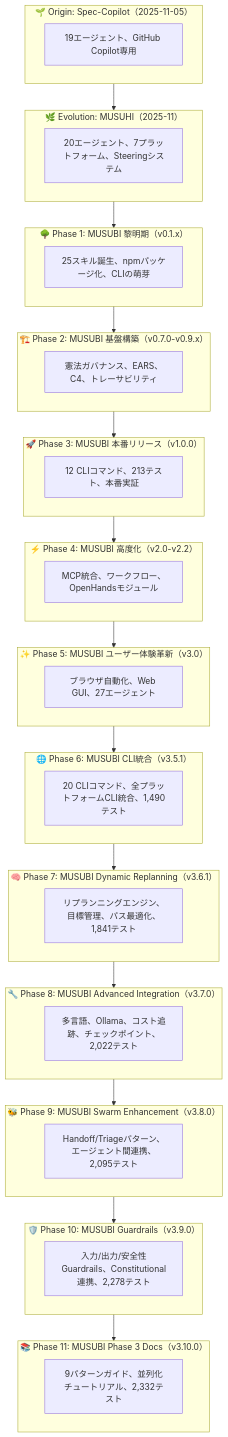
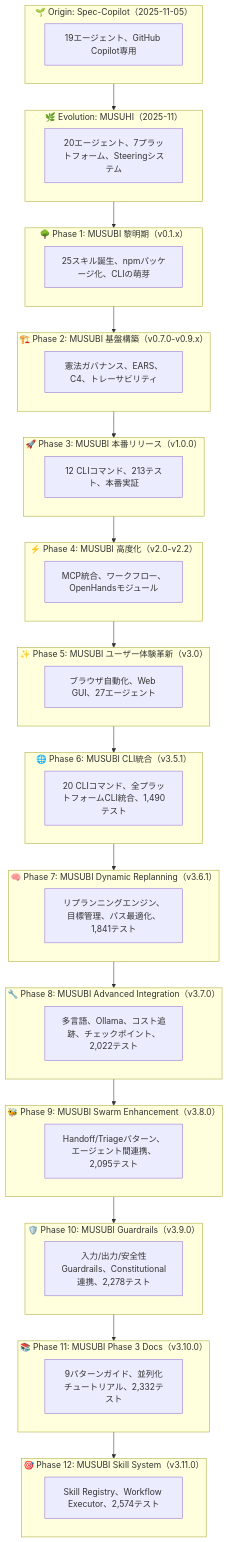
Before and after one commit to nahisaho/MUSUBI: the seventh of 7 diagrams in docs/Qiita/MUSUBI-Complete-Evolution-History.md, drawn with Mermaid. The commit also changed other lines of this file, not shown here.

Commit message:
docs: add v3.11.0 to Evolution History

````diff
--- a/docs/Qiita/MUSUBI-Complete-Evolution-History.md
+++ b/docs/Qiita/MUSUBI-Complete-Evolution-History.md
@@ -2029,43 +2256,46 @@
 ```mermaid
 flowchart TB
     subgraph Origin["🌱 Origin: Spec-Copilot（2025-11-05）"]
         O1["19エージェント、GitHub Copilot専用"]
     end
     subgraph Evolution["🌿 Evolution: MUSUHI（2025-11）"]
         E1["20エージェント、7プラットフォーム、Steeringシステム"]
     end
     subgraph Phase1["🌳 Phase 1: MUSUBI 黎明期（v0.1.x）"]
         P1["25スキル誕生、npmパッケージ化、CLIの萌芽"]
     end
     subgraph Phase2["🏗️ Phase 2: MUSUBI 基盤構築（v0.7.0-v0.9.x）"]
         P2["憲法ガバナンス、EARS、C4、トレーサビリティ"]
     end
     subgraph Phase3["🚀 Phase 3: MUSUBI 本番リリース（v1.0.0）"]
         P3["12 CLIコマンド、213テスト、本番実証"]
     end
     subgraph Phase4["⚡ Phase 4: MUSUBI 高度化（v2.0-v2.2）"]
         P4["MCP統合、ワークフロー、OpenHandsモジュール"]
     end
     subgraph Phase5["✨ Phase 5: MUSUBI ユーザー体験革新（v3.0）"]
         P5["ブラウザ自動化、Web GUI、27エージェント"]
     end
     subgraph Phase6["🌐 Phase 6: MUSUBI CLI統合（v3.5.1）"]
         P6["20 CLIコマンド、全プラットフォームCLI統合、1,490テスト"]
     end
     subgraph Phase7["🧠 Phase 7: MUSUBI Dynamic Replanning（v3.6.1）"]
         P7["リプランニングエンジン、目標管理、パス最適化、1,841テスト"]
     end
     subgraph Phase8["🔧 Phase 8: MUSUBI Advanced Integration（v3.7.0）"]
         P8["多言語、Ollama、コスト追跡、チェックポイント、2,022テスト"]
     end
     subgraph Phase9["🐝 Phase 9: MUSUBI Swarm Enhancement（v3.8.0）"]
         P9["Handoff/Triageパターン、エージェント間連携、2,095テスト"]
     end
     subgraph Phase10["🛡️ Phase 10: MUSUBI Guardrails（v3.9.0）"]
         P10["入力/出力/安全性Guardrails、Constitutional連携、2,278テスト"]
     end
     subgraph Phase11["📚 Phase 11: MUSUBI Phase 3 Docs（v3.10.0）"]
         P11["9パターンガイド、並列化チュートリアル、2,332テスト"]
     end
-    Origin --> Evolution --> Phase1 --> Phase2 --> Phase3 --> Phase4 --> Phase5 --> Phase6 --> Phase7 --> Phase8 --> Phase9 --> Phase10 --> Phase11
+    subgraph Phase12["🎯 Phase 12: MUSUBI Skill System（v3.11.0）"]
+        P12["Skill Registry、Workflow Executor、2,574テスト"]
+    end
+    Origin --> Evolution --> Phase1 --> Phase2 --> Phase3 --> Phase4 --> Phase5 --> Phase6 --> Phase7 --> Phase8 --> Phase9 --> Phase10 --> Phase11 --> Phase12
 ```
````
